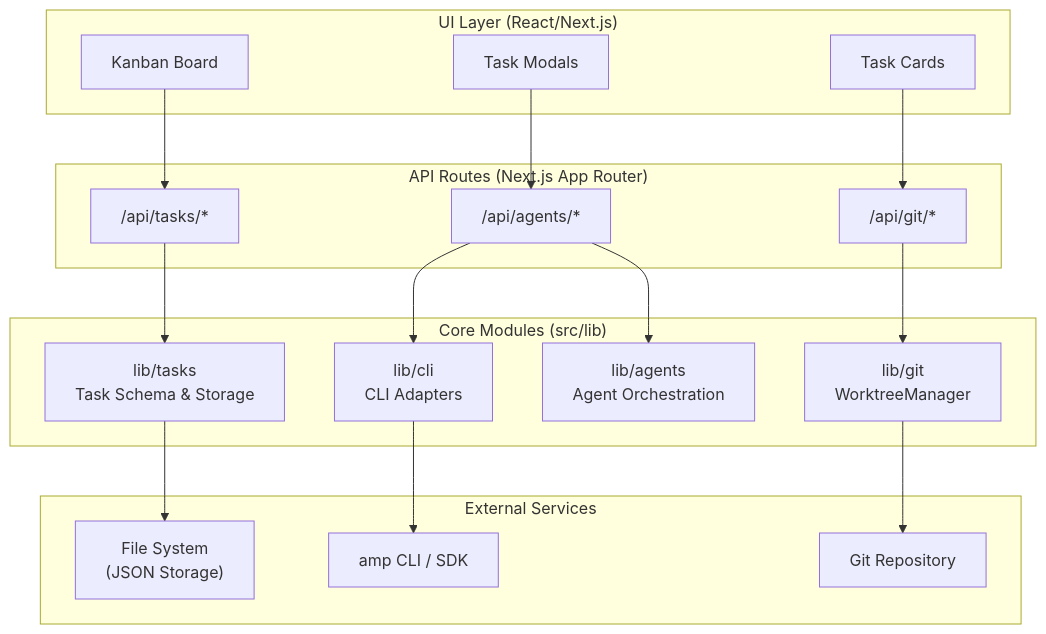
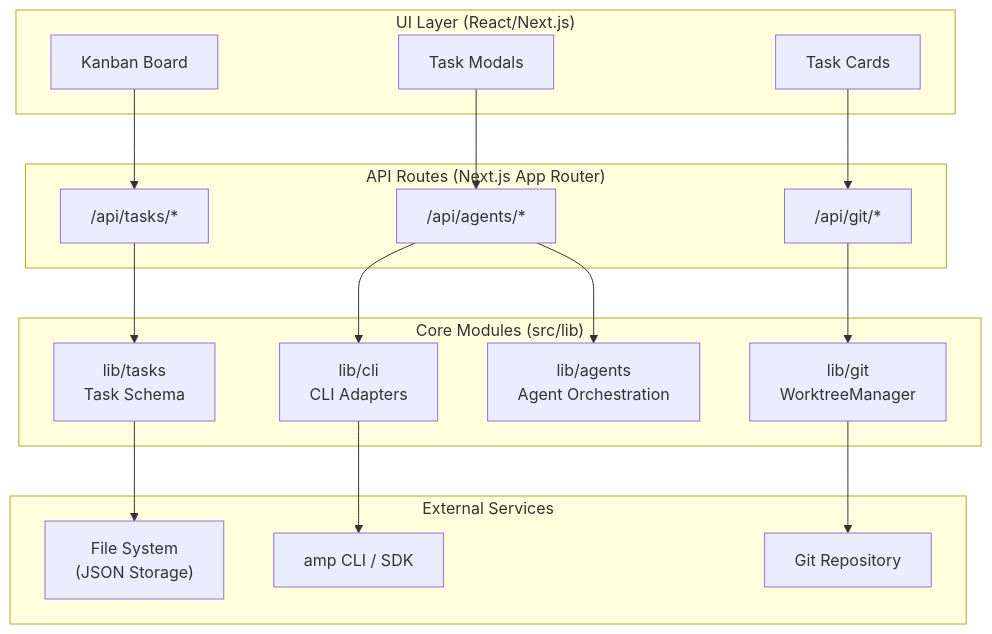
Before and after one commit to danted4/Code-Auto: the diagram in README.md, drawn with Mermaid. The commit also changed other lines of this file and 8 other files, not shown here.

````diff
--- a/README.md
+++ b/README.md
@@ -54,40 +64,40 @@
 ```mermaid
 flowchart TB
     subgraph UI["UI Layer (React/Next.js)"]
         KB[Kanban Board]
         TM[Task Modals]
         TC[Task Cards]
     end
 
     subgraph API["API Routes (Next.js App Router)"]
         TA["/api/tasks/*"]
         AG["/api/agents/*"]
         GT["/api/git/*"]
     end
 
     subgraph LIB["Core Modules (src/lib)"]
         CLI["lib/cli<br/>CLI Adapters"]
         GIT["lib/git<br/>WorktreeManager"]
         AGENTS["lib/agents<br/>Agent Orchestration"]
-        TASKS["lib/tasks<br/>Task Schema & Storage"]
+        TASKS["lib/tasks<br/>Task Schema"]
     end
 
     subgraph EXTERNAL["External Services"]
         AMP["amp CLI / SDK"]
         FS["File System<br/>(JSON Storage)"]
         REPO["Git Repository"]
     end
 
     KB --> TA
     TM --> AG
     TC --> GT
 
     TA --> TASKS
     AG --> CLI
     AG --> AGENTS
     GT --> GIT
 
     CLI --> AMP
     TASKS --> FS
     GIT --> REPO
 ```
````
